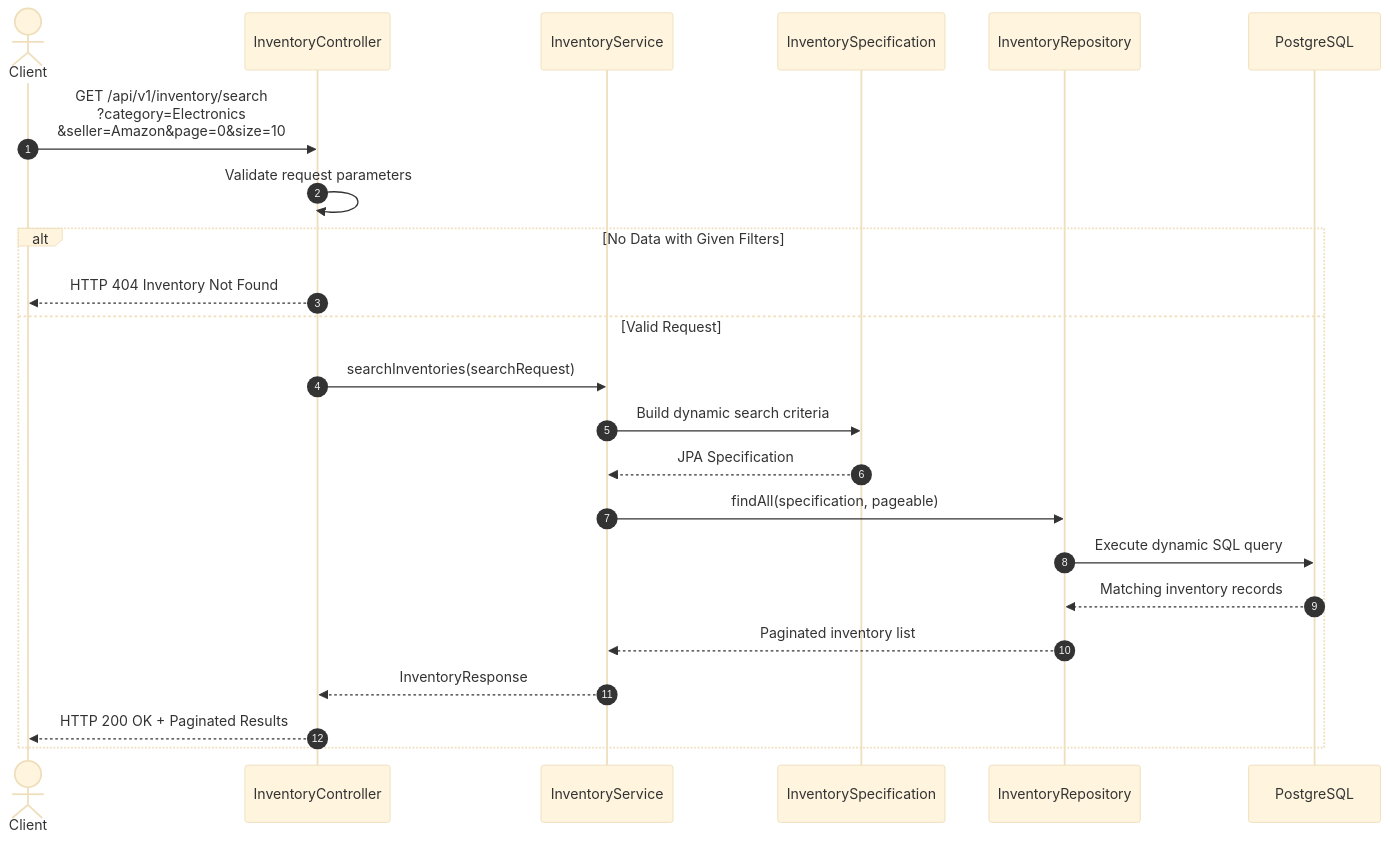
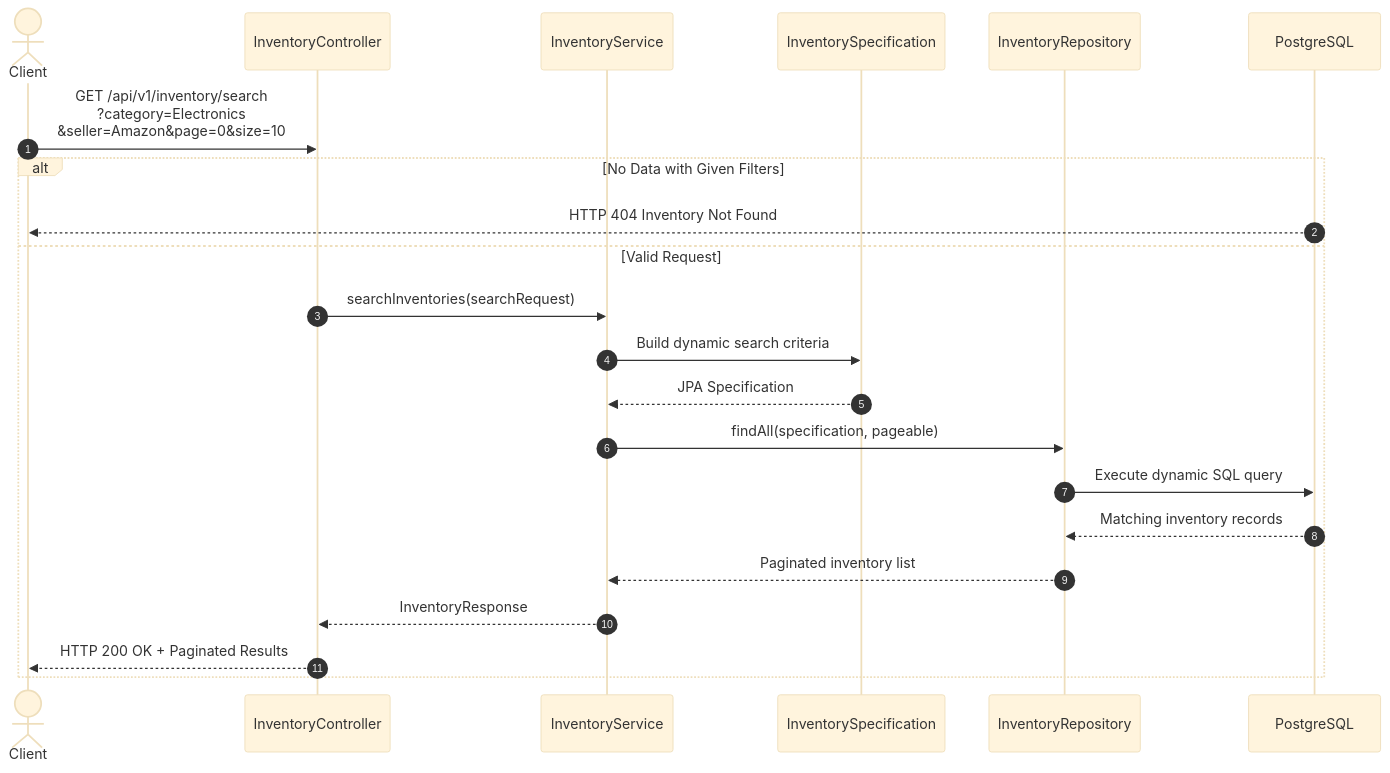
One commit to chaitanya-naralasetti-19/inventory-management-service changed the first of 2 diagrams in README.md. Above: the diagram before and after it, drawn with Mermaid (base theme).

````diff
--- a/README.md
+++ b/README.md
@@ -18,37 +18,35 @@
 ```mermaid
 sequenceDiagram
     autonumber
 
     actor Client
     participant Controller as InventoryController
     participant Service as InventoryService
     participant Spec as InventorySpecification
     participant Repo as InventoryRepository
     participant DB as PostgreSQL
 
     Client->>Controller: GET /api/v1/inventory/search<br/>?category=Electronics<br/>&seller=Amazon&page=0&size=10
 
-    Controller->>Controller: Validate request parameters
-
     alt No Data with Given Filters
-        Controller-->>Client: HTTP 404 Inventory Not Found
+        DB-->>Client: HTTP 404 Inventory Not Found
     else Valid Request
         Controller->>Service: searchInventories(searchRequest)
 
         Service->>Spec: Build dynamic search criteria
 
         Spec-->>Service: JPA Specification
 
         Service->>Repo: findAll(specification, pageable)
 
         Repo->>DB: Execute dynamic SQL query
 
         DB-->>Repo: Matching inventory records
 
         Repo-->>Service: Paginated inventory list
 
         Service-->>Controller: InventoryResponse
 
         Controller-->>Client: HTTP 200 OK + Paginated Results
     end
 ```
````
